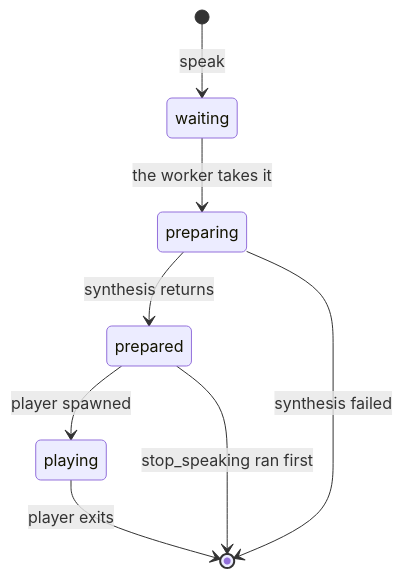
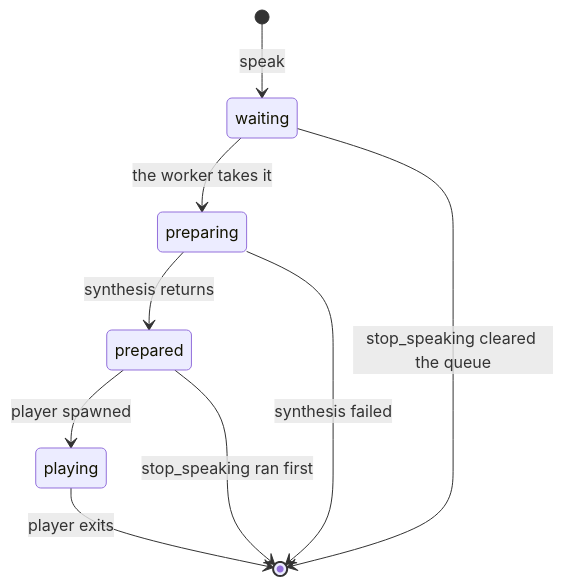
One commit to danilogr/voicebox changed the diagram in harness/user-flow.md. Above: the diagram before and after it, drawn with Mermaid. The commit also changed 3 other files, not shown here.

````diff
--- a/harness/user-flow.md
+++ b/harness/user-flow.md
@@ -21,10 +21,11 @@
 ```mermaid
 stateDiagram-v2
     [*] --> waiting: speak
     waiting --> preparing: the worker takes it
     preparing --> prepared: synthesis returns
     prepared --> playing: player spawned
     playing --> [*]: player exits
     preparing --> [*]: synthesis failed
     prepared --> [*]: stop_speaking ran first
+    waiting --> [*]: stop_speaking cleared the queue
 ```
````
